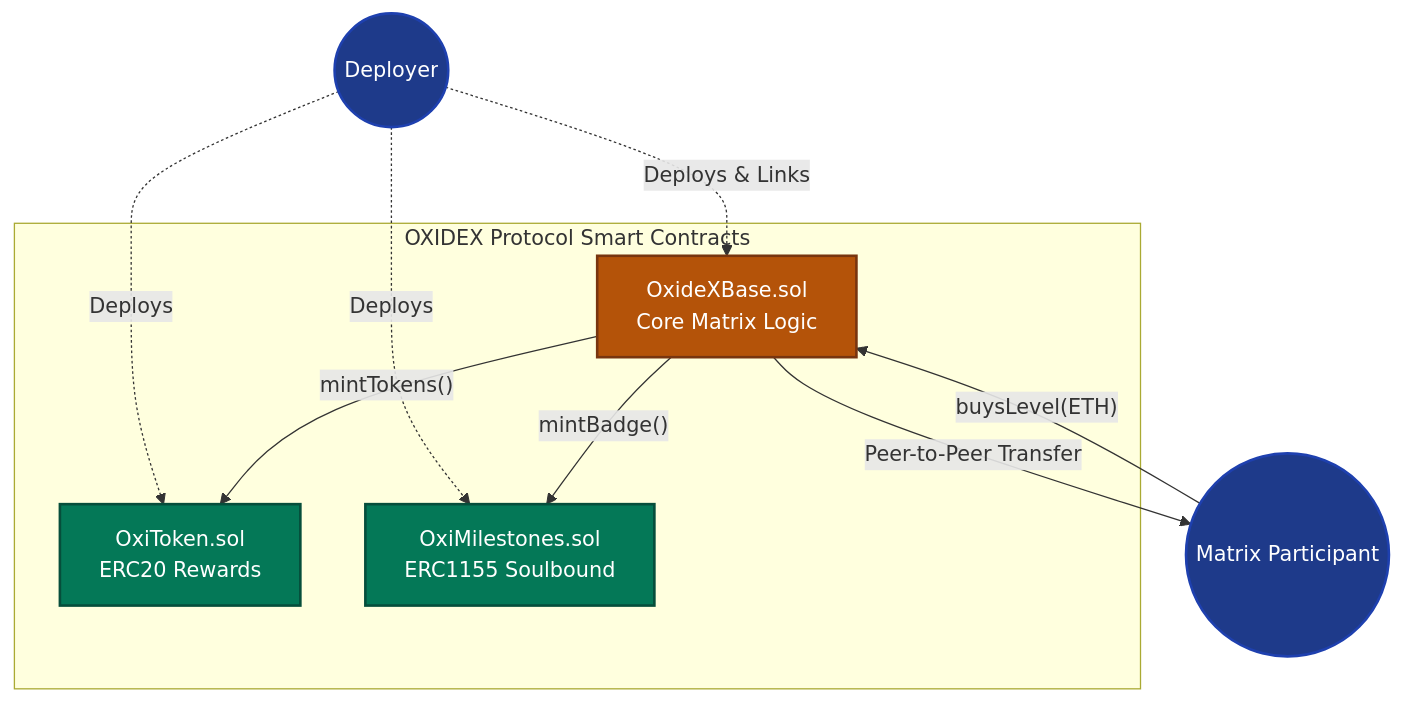
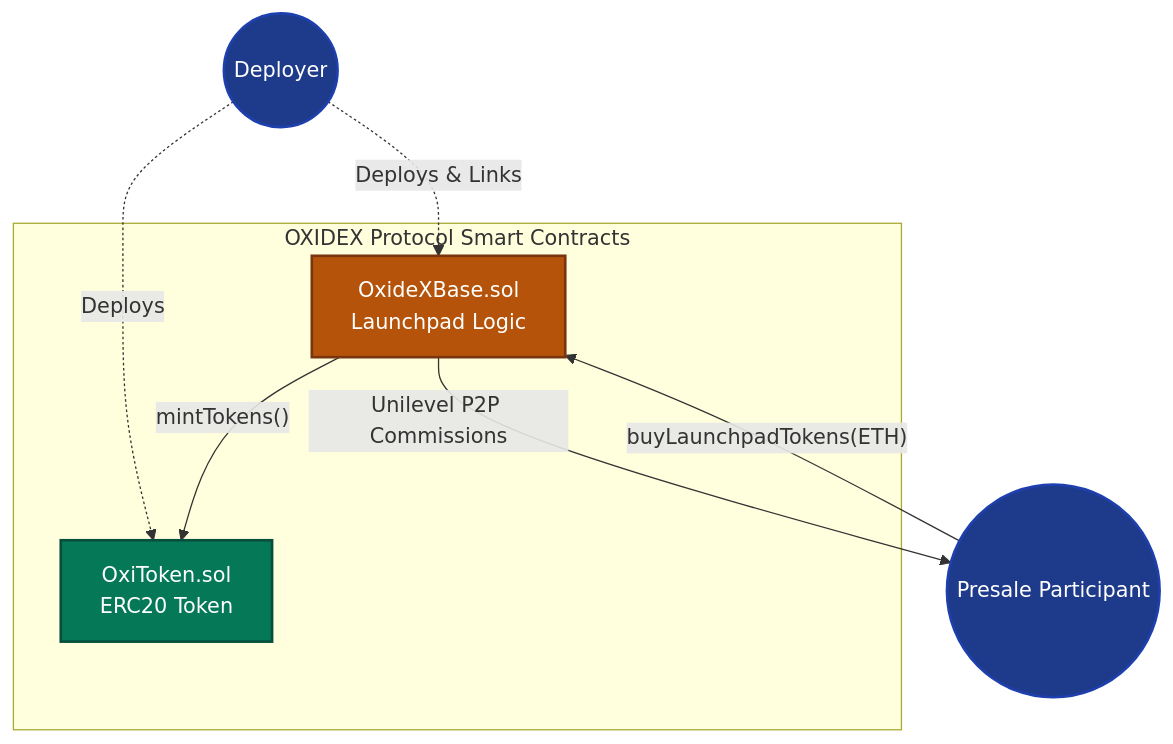
The first of 2 diagrams in blockchain/README.md (CHIRAYU-365/OXIDEX), drawn with Mermaid before and after one commit. The commit also changed other lines of this file and 5 other files, not shown here.

````diff
--- a/blockchain/README.md
+++ b/blockchain/README.md
@@ -17,24 +17,21 @@
 ```mermaid
 graph TD
     classDef core fill:#b45309,stroke:#78350f,stroke-width:2px,color:#fff
     classDef token fill:#047857,stroke:#064e3b,stroke-width:2px,color:#fff
     classDef ext fill:#1e3a8a,stroke:#1e40af,stroke-width:2px,color:#fff
 
     Admin((Deployer)):::ext
-    User((Matrix Participant)):::ext
+    User((Presale Participant)):::ext
     
     subgraph OXIDEX Protocol Smart Contracts
-        Base[OxideXBase.sol\nCore Matrix Logic]:::core
-        OXI[OxiToken.sol\nERC20 Rewards]:::token
-        NFT[OxiMilestones.sol\nERC1155 Soulbound]:::token
+        Base[OxideXBase.sol\nLaunchpad Logic]:::core
+        OXI[OxiToken.sol\nERC20 Token]:::token
     end
 
     Admin -. "Deploys & Links" .-> Base
     Admin -. "Deploys" .-> OXI
-    Admin -. "Deploys" .-> NFT
     
-    User -- "buysLevel(ETH)" --> Base
+    User -- "buyLaunchpadTokens(ETH)" --> Base
     Base -- "mintTokens()" --> OXI
-    Base -- "mintBadge()" --> NFT
-    Base -- "Peer-to-Peer Transfer" --> User
+    Base -- "Unilevel P2P Commissions" --> User
 ```
````
